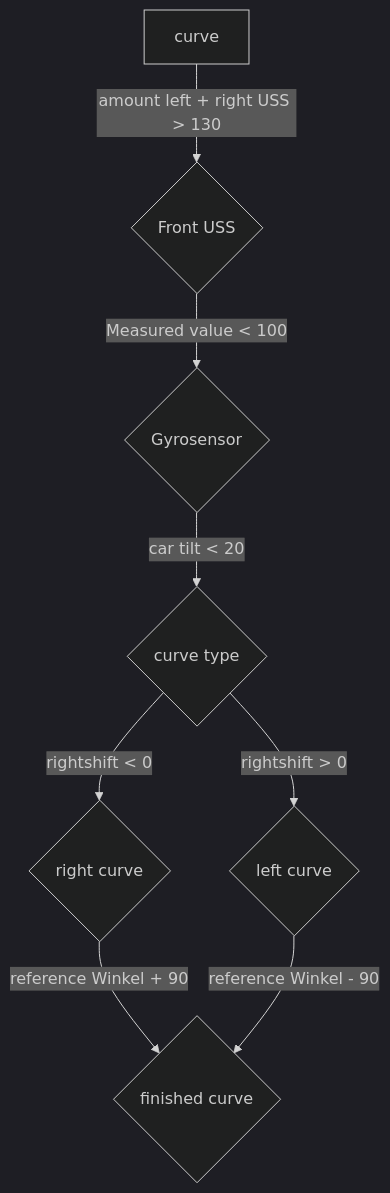
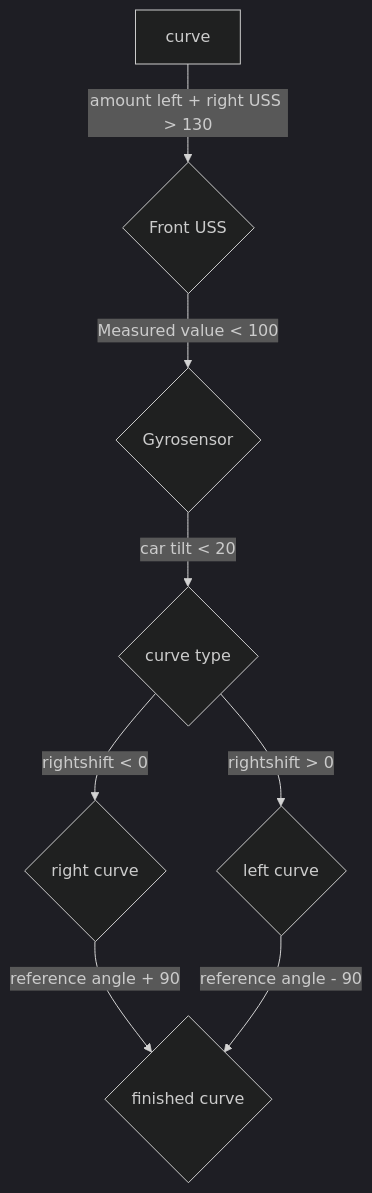
One commit to SchroedingersBit/PfortGTPanama changed the second of 2 diagrams in programming/OpenChallenge/README.md. Above: the diagram before and after it, drawn with Mermaid (dark theme).

````diff
--- a/programming/OpenChallenge/README.md
+++ b/programming/OpenChallenge/README.md
@@ -24,11 +24,11 @@
 ```mermaid
 flowchart TB;
 curve --> |amount left + right USS > 130| F{Front USS};
 F --> |Measured value < 100| G{Gyrosensor};
 G --> |car tilt < 20 |C{curve type};
 C --> |rightshift < 0| R{right curve};
-R --> |reference Winkel + 90 |K{finished curve};
+R --> |reference angle + 90 |K{finished curve};
 C --> |rightshift > 0| L{left curve};
-L --> |reference Winkel - 90 |K;
+L --> |reference angle - 90 |K;
 
 ```
````
